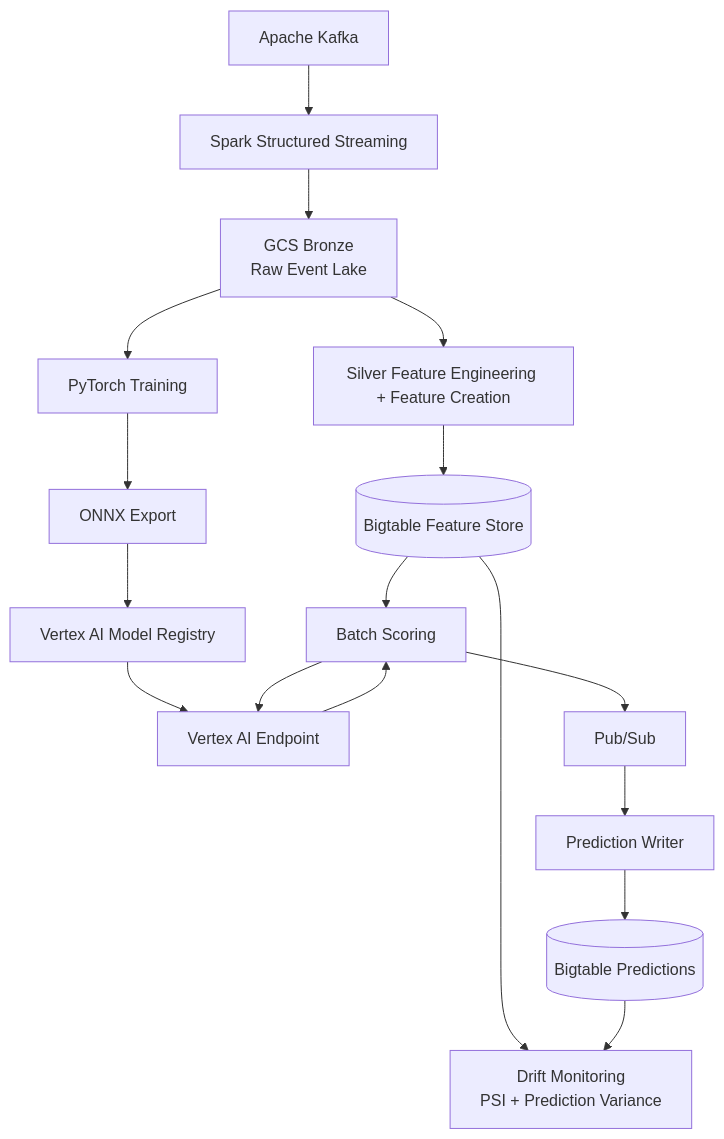
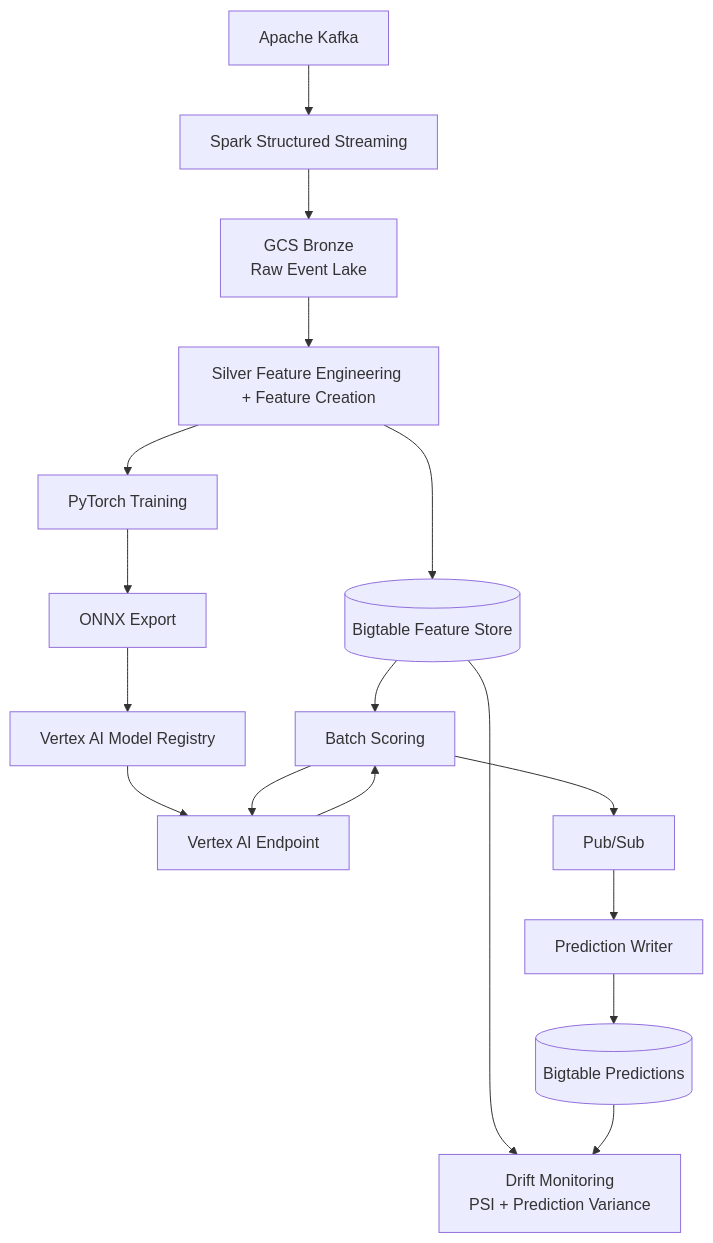
Before and after one commit to ryanhillman/supply-chain-intelligence-platform: the diagram in README.md, drawn with Mermaid. The commit also changed other lines of this file, not shown here.

````diff
--- a/README.md
+++ b/README.md
@@ -34,52 +34,52 @@
 ```mermaid
 flowchart TD
 
     K[Apache Kafka]
 
     S[Spark Structured Streaming]
 
     B[GCS Bronze<br/>Raw Event Lake]
 
     F[Silver Feature Engineering + Feature Creation]
 
     BT[(Bigtable Feature Store)]
 
     PT[PyTorch Training]
 
     ONNX[ONNX Export]
 
     REG[Vertex AI Model Registry]
 
     EP[Vertex AI Endpoint]
 
     BS[Batch Scoring]
 
     PS[Pub/Sub]
 
     PW[Prediction Writer]
 
     PR[(Bigtable Predictions)]
 
     DM[Drift Monitoring<br/>PSI + Prediction Variance]
 
     K --> S
     S --> B
     B --> F
     F --> BT
 
-    B --> PT
+    F --> PT
     PT --> ONNX
     ONNX --> REG
     REG --> EP
 
     BT --> BS
     BS --> EP
     EP --> BS
 
     BS --> PS
     PS --> PW
     PW --> PR
 
     BT --> DM
     PR --> DM
 ```
````
